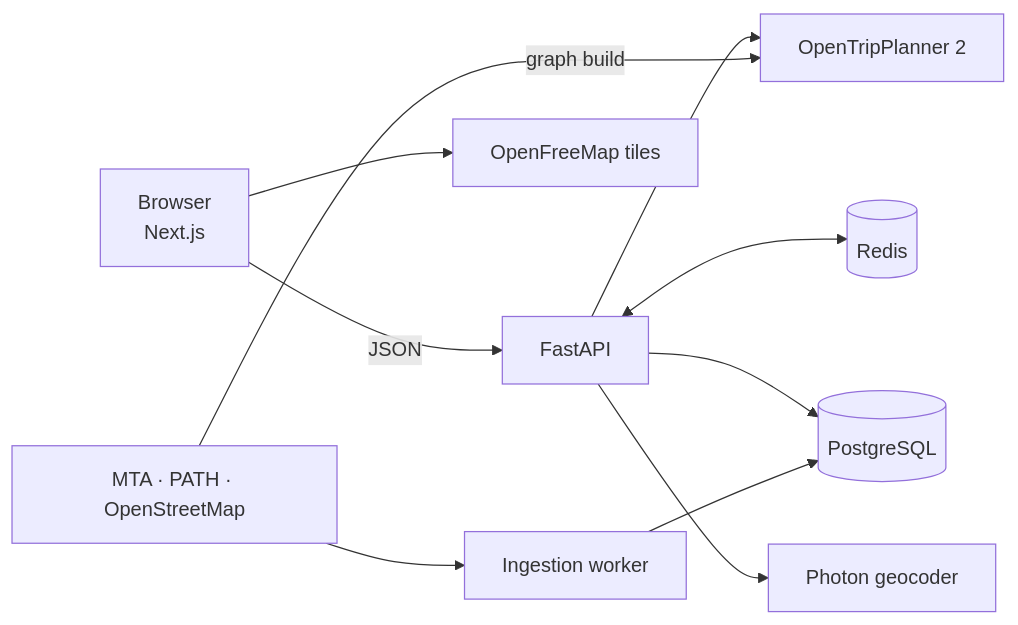
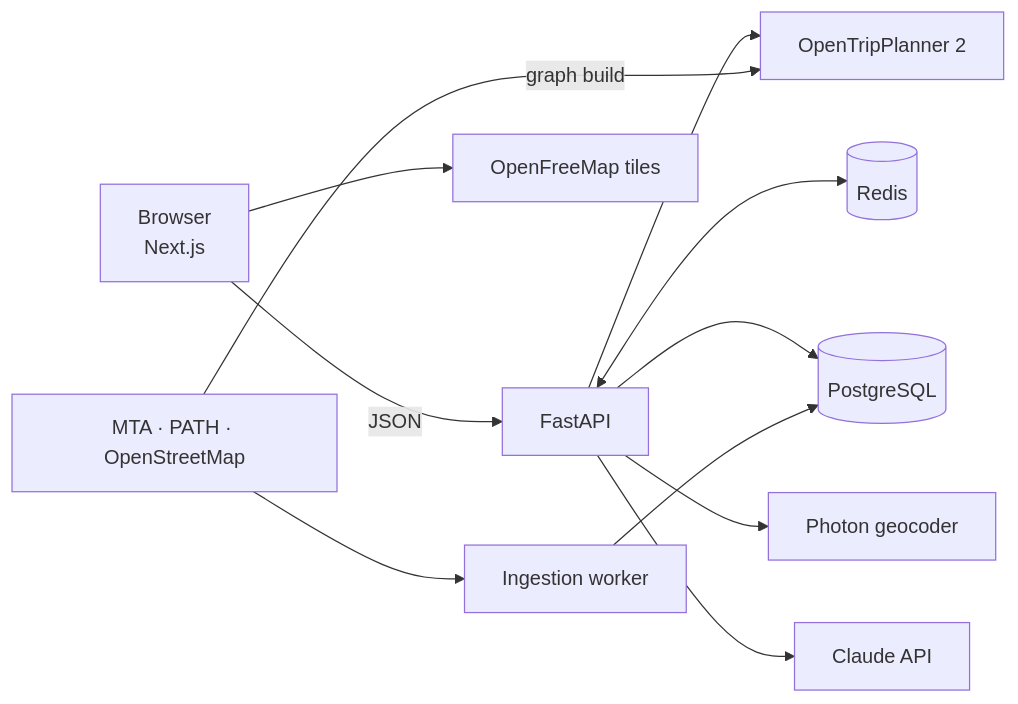
One commit to VarshithaGudibandi/smart-route-nyc changed the diagram in README.md. Above: the diagram before and after it, drawn with Mermaid. The commit also changed other lines of this file and 20 other files, not shown here.

````diff
--- a/README.md
+++ b/README.md
@@ -23,12 +23,13 @@
 ```mermaid
 flowchart LR
   B[Browser<br/>Next.js] -->|JSON| API[FastAPI]
   B --> T[OpenFreeMap tiles]
   API --> OTP[OpenTripPlanner 2]
   API <--> R[(Redis)]
   API --> PG[(PostgreSQL)]
   API --> G[Photon geocoder]
+  API --> C[Claude API]
   W[Ingestion worker] --> PG
   F[MTA · PATH · OpenStreetMap] --> W
   F -->|graph build| OTP
 ```
````
